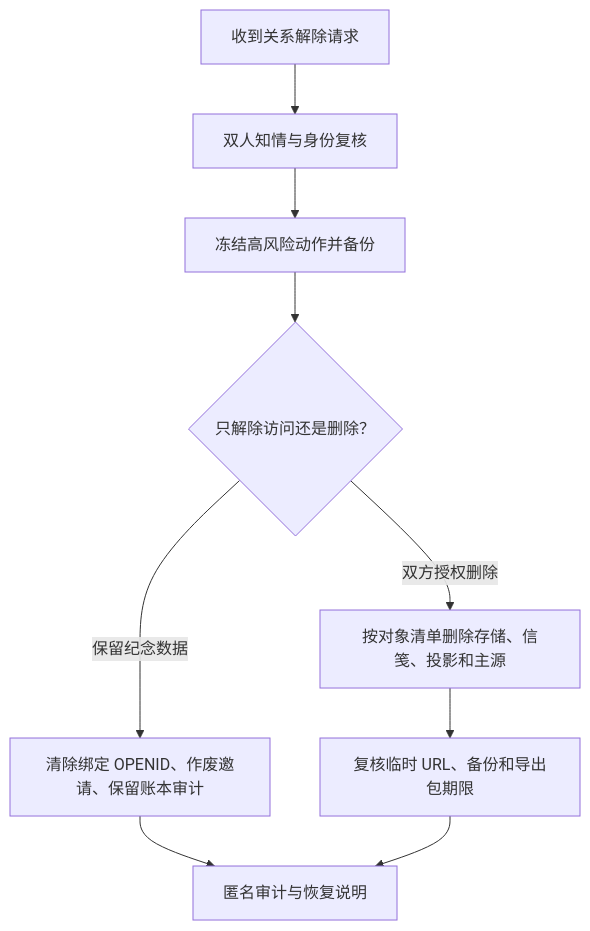
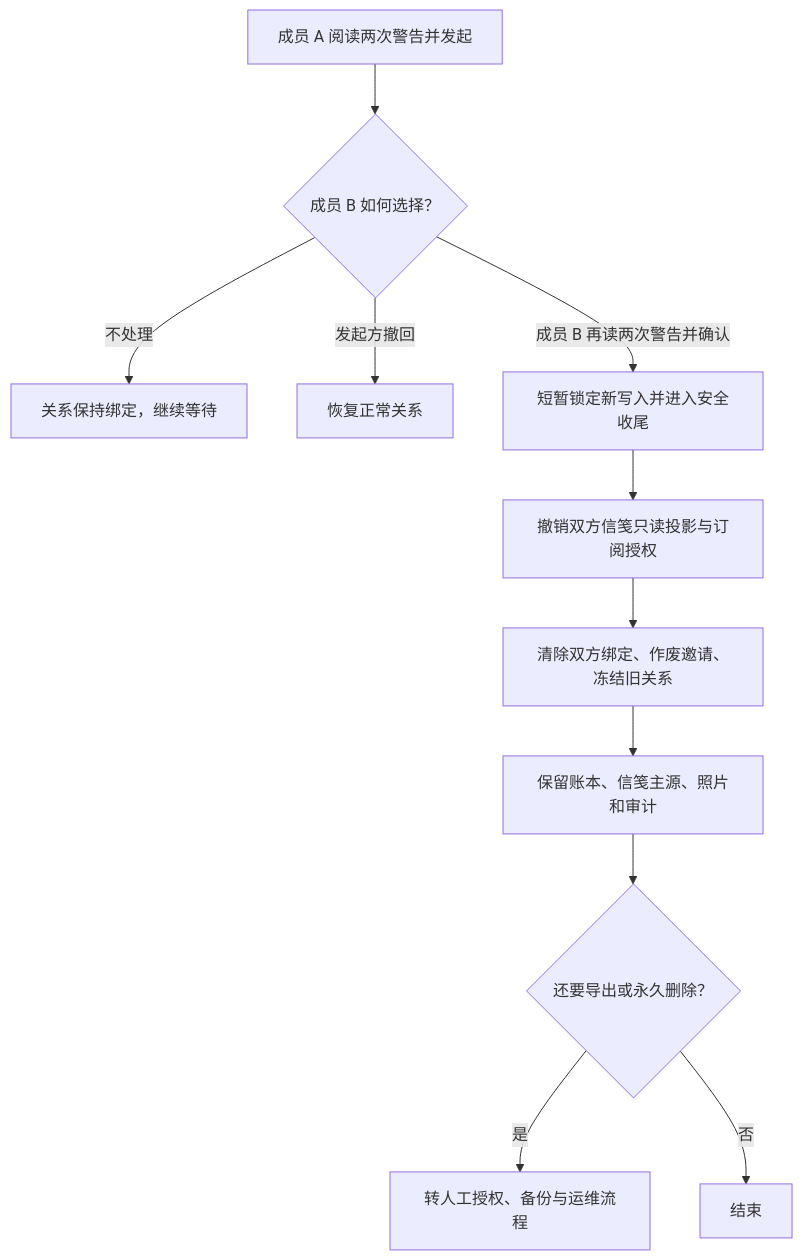
Before and after one commit to 728792899-create/heart-energy-tree-miniprogram: the first of 2 diagrams in docs/privacy-data-lifecycle.md, drawn with Mermaid. The commit also changed other lines of this file and 29 other files, not shown here.

````diff
--- a/docs/privacy-data-lifecycle.md
+++ b/docs/privacy-data-lifecycle.md
@@ -5,11 +5,13 @@
 ```mermaid
 flowchart TD
-  REQUEST["收到关系解除请求"] --> VERIFY["双人知情与身份复核"]
-  VERIFY --> FREEZE["冻结高风险动作并备份"]
-  FREEZE --> DECIDE{"只解除访问还是删除？"}
-  DECIDE -->|"保留纪念数据"| UNBIND["清除绑定 OPENID、作废邀请、保留账本审计"]
-  DECIDE -->|"双方授权删除"| DELETE["按对象清单删除存储、信笺、投影和主源"]
-  UNBIND --> AUDIT["匿名审计与恢复说明"]
-  DELETE --> VERIFY_DELETE["复核临时 URL、备份和导出包期限"]
-  VERIFY_DELETE --> AUDIT
+  REQUEST["成员 A 阅读两次警告并发起"] --> PARTNER{"成员 B 如何选择？"}
+  PARTNER -->|"不处理"| WAIT["关系保持绑定，继续等待"]
+  PARTNER -->|"发起方撤回"| ACTIVE["恢复正常关系"]
+  PARTNER -->|"成员 B 再读两次警告并确认"| LOCK["短暂锁定新写入并进入安全收尾"]
+  LOCK --> REVOKE["撤销双方信笺只读投影与订阅授权"]
+  REVOKE --> FREEZE["清除双方绑定、作废邀请、冻结旧关系"]
+  FREEZE --> KEEP["保留账本、信笺主源、照片和审计"]
+  KEEP --> MANUAL{"还要导出或永久删除？"}
+  MANUAL -->|"是"| OWNER["转人工授权、备份与运维流程"]
+  MANUAL -->|"否"| DONE["结束"]
 ```
````
